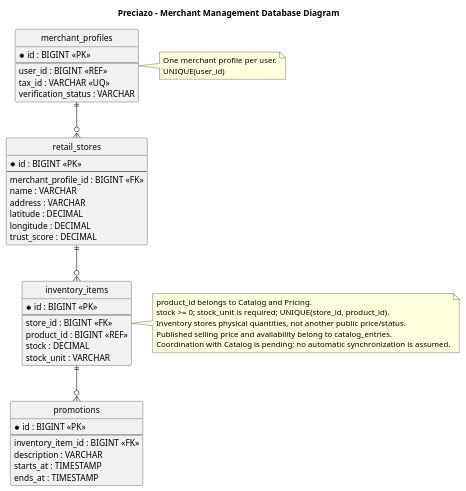
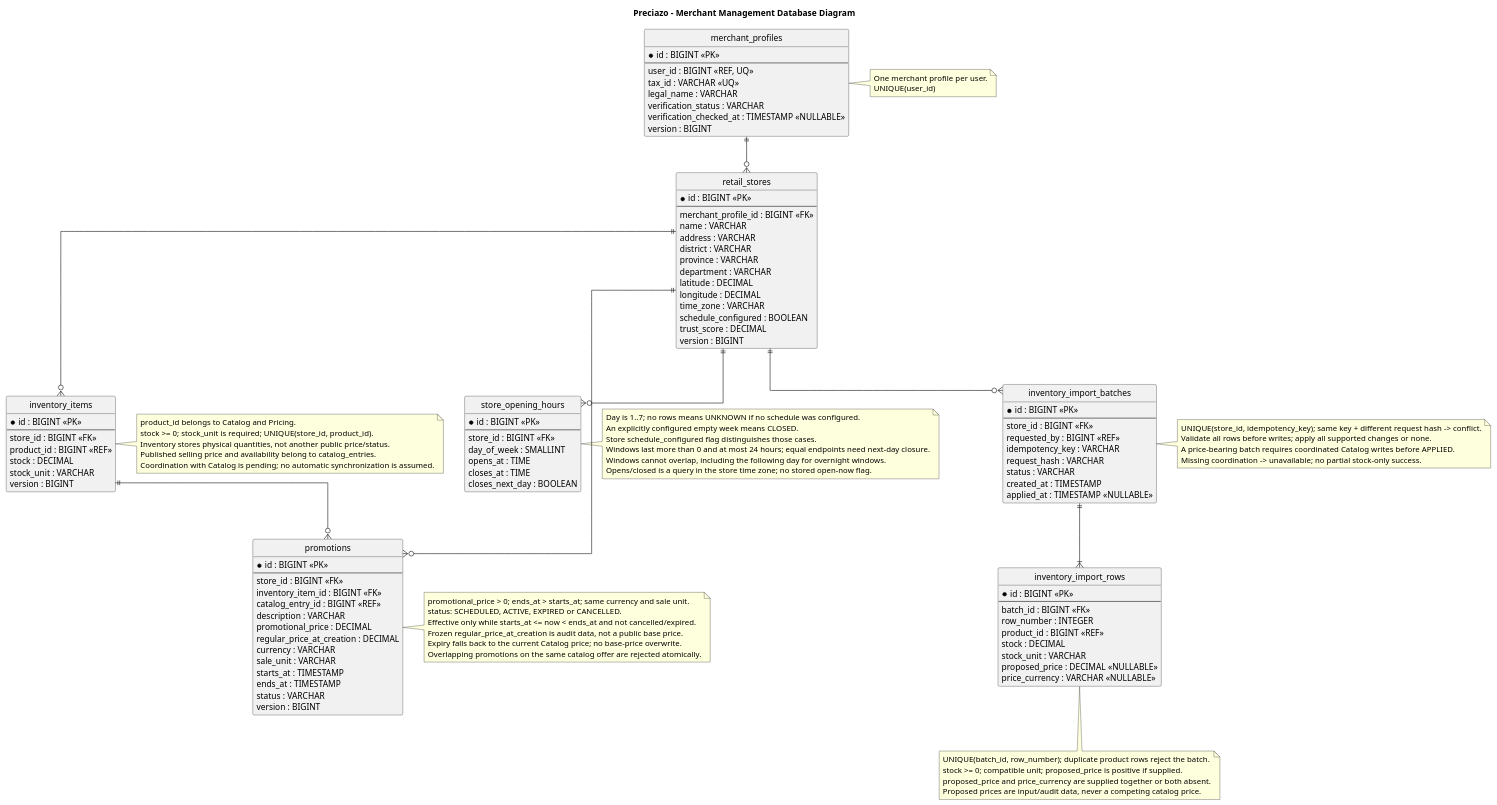
Before and after one commit to Open-Source-1ASI0729-2620-7750/preciazo-report: the diagram in docs/architecture/database/merchant-management.puml, drawn with PlantUML. The commit also changed 13 other files, not shown here.

Commit message:
docs(merchant-management): refine AV2 affiliation inventory and promotions

```diff
--- a/docs/architecture/database/merchant-management.puml
+++ b/docs/architecture/database/merchant-management.puml
@@ -1,62 +1,151 @@
 @startuml Preciazo_DB_Merchant_Management
 
 title Preciazo - Merchant Management Database Diagram
 
 hide circle
 skinparam linetype ortho
 
 entity merchant_profiles {
     * id : BIGINT <<PK>>
     --
-    user_id : BIGINT <<REF>>
+    user_id : BIGINT <<REF, UQ>>
     tax_id : VARCHAR <<UQ>>
+    legal_name : VARCHAR
     verification_status : VARCHAR
+    verification_checked_at : TIMESTAMP <<NULLABLE>>
+    version : BIGINT
 }
 
 entity retail_stores {
     * id : BIGINT <<PK>>
     --
     merchant_profile_id : BIGINT <<FK>>
     name : VARCHAR
     address : VARCHAR
+    district : VARCHAR
+    province : VARCHAR
+    department : VARCHAR
     latitude : DECIMAL
     longitude : DECIMAL
+    time_zone : VARCHAR
+    schedule_configured : BOOLEAN
     trust_score : DECIMAL
+    version : BIGINT
 }
 
 entity inventory_items {
     * id : BIGINT <<PK>>
     --
     store_id : BIGINT <<FK>>
     product_id : BIGINT <<REF>>
     stock : DECIMAL
     stock_unit : VARCHAR
+    version : BIGINT
 }
 
 entity promotions {
     * id : BIGINT <<PK>>
     --
+    store_id : BIGINT <<FK>>
     inventory_item_id : BIGINT <<FK>>
+    catalog_entry_id : BIGINT <<REF>>
     description : VARCHAR
+    promotional_price : DECIMAL
+    regular_price_at_creation : DECIMAL
+    currency : VARCHAR
+    sale_unit : VARCHAR
     starts_at : TIMESTAMP
     ends_at : TIMESTAMP
+    status : VARCHAR
+    version : BIGINT
 }
 
 merchant_profiles ||--o{ retail_stores
 retail_stores ||--o{ inventory_items
 inventory_items ||--o{ promotions
 
 note right of inventory_items
   product_id belongs to Catalog and Pricing.
   stock >= 0; stock_unit is required; UNIQUE(store_id, product_id).
   Inventory stores physical quantities, not another public price/status.
   Published selling price and availability belong to catalog_entries.
   Coordination with Catalog is pending; no automatic synchronization is assumed.
 end note
 
 note right of merchant_profiles
   One merchant profile per user.
   UNIQUE(user_id)
 end note
 
+entity store_opening_hours {
+    * id : BIGINT <<PK>>
+    --
+    store_id : BIGINT <<FK>>
+    day_of_week : SMALLINT
+    opens_at : TIME
+    closes_at : TIME
+    closes_next_day : BOOLEAN
+}
+
+entity inventory_import_batches {
+    * id : BIGINT <<PK>>
+    --
+    store_id : BIGINT <<FK>>
+    requested_by : BIGINT <<REF>>
+    idempotency_key : VARCHAR
+    request_hash : VARCHAR
+    status : VARCHAR
+    created_at : TIMESTAMP
+    applied_at : TIMESTAMP <<NULLABLE>>
+}
+
+entity inventory_import_rows {
+    * id : BIGINT <<PK>>
+    --
+    batch_id : BIGINT <<FK>>
+    row_number : INTEGER
+    product_id : BIGINT <<REF>>
+    stock : DECIMAL
+    stock_unit : VARCHAR
+    proposed_price : DECIMAL <<NULLABLE>>
+    price_currency : VARCHAR <<NULLABLE>>
+}
+
+retail_stores ||--o{ store_opening_hours
+retail_stores ||--o{ inventory_import_batches
+inventory_import_batches ||--|{ inventory_import_rows
+retail_stores ||--o{ promotions
+
+note right of store_opening_hours
+  Day is 1..7; no rows means UNKNOWN if no schedule was configured.
+  An explicitly configured empty week means CLOSED.
+  Store schedule_configured flag distinguishes those cases.
+  Windows last more than 0 and at most 24 hours; equal endpoints need next-day closure.
+  Windows cannot overlap, including the following day for overnight windows.
+  Opens/closed is a query in the store time zone; no stored open-now flag.
+end note
+
+note right of promotions
+  promotional_price > 0; ends_at > starts_at; same currency and sale unit.
+  status: SCHEDULED, ACTIVE, EXPIRED or CANCELLED.
+  Effective only while starts_at <= now < ends_at and not cancelled/expired.
+  Frozen regular_price_at_creation is audit data, not a public base price.
+  Expiry falls back to the current Catalog price; no base-price overwrite.
+  Overlapping promotions on the same catalog offer are rejected atomically.
+end note
+
+note right of inventory_import_batches
+  UNIQUE(store_id, idempotency_key); same key + different request hash -> conflict.
+  Validate all rows before writes; apply all supported changes or none.
+  A price-bearing batch requires coordinated Catalog writes before APPLIED.
+  Missing coordination -> unavailable; no partial stock-only success.
+end note
+
+note bottom of inventory_import_rows
+  UNIQUE(batch_id, row_number); duplicate product rows reject the batch.
+  stock >= 0; compatible unit; proposed_price is positive if supplied.
+  proposed_price and price_currency are supplied together or both absent.
+  Proposed prices are input/audit data, never a competing catalog price.
+end note
+
 @enduml
```
